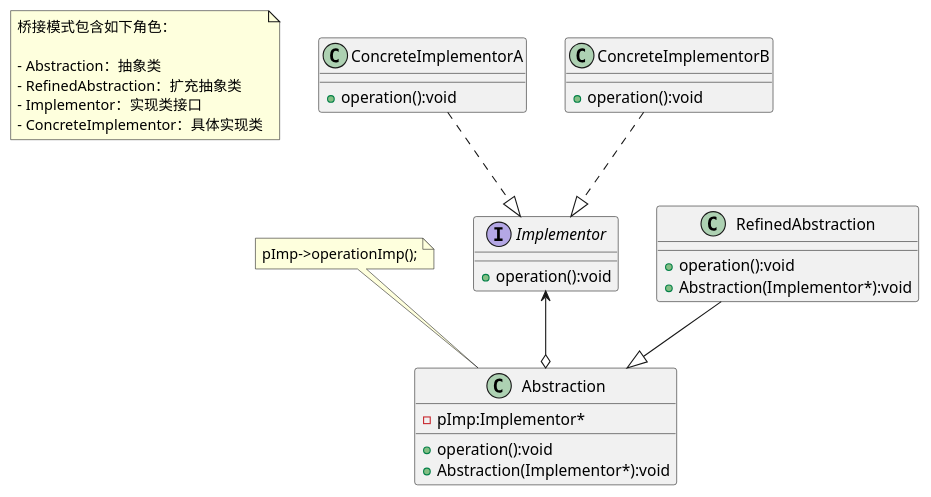
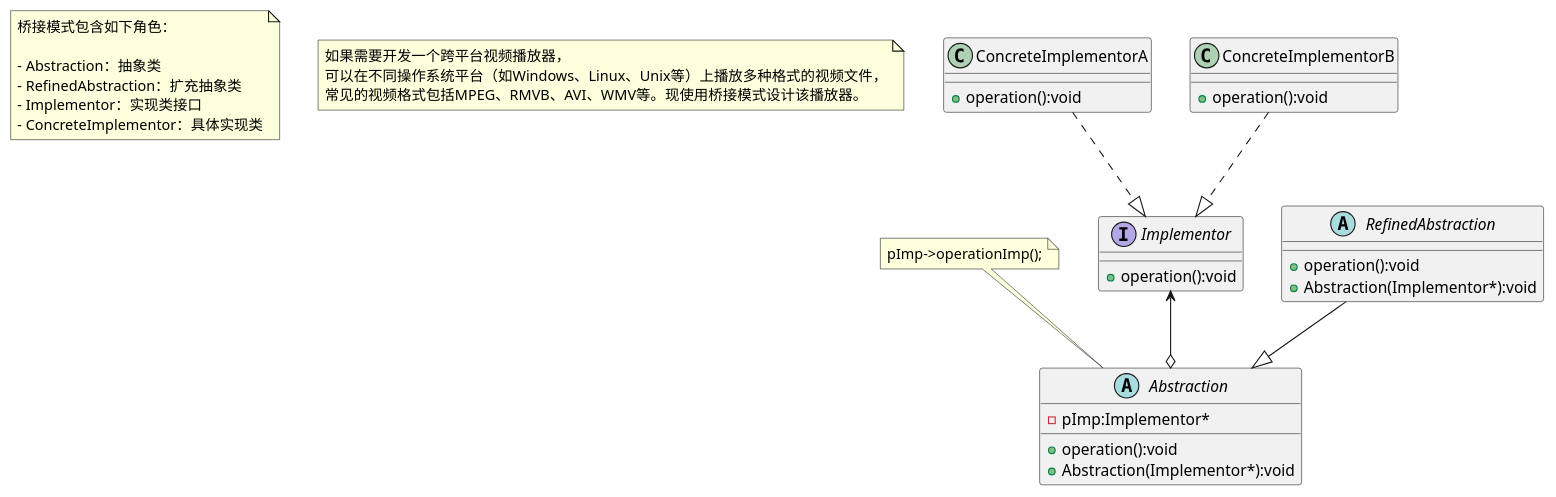
The diagram in doc/结构型模式/桥接模式-类图(3分).puml (1wang1/design-patterns), drawn with PlantUML before and after one commit. The commit also changed 2 other files, not shown here.

```diff
--- a/doc/结构型模式/桥接模式-类图(3分).puml
+++ b/doc/结构型模式/桥接模式-类图(3分).puml
@@ -1,43 +1,48 @@
 @startuml
 note as n1
 桥接模式包含如下角色：
 
 - Abstraction：抽象类
 - RefinedAbstraction：扩充抽象类
 - Implementor：实现类接口
 - ConcreteImplementor：具体实现类
 end note
-class Abstraction{
+note as n2
+如果需要开发一个跨平台视频播放器，
+可以在不同操作系统平台（如Windows、Linux、Unix等）上播放多种格式的视频文件，
+常见的视频格式包括MPEG、RMVB、AVI、WMV等。现使用桥接模式设计该播放器。
+end note
+abstract Abstraction{
 - pImp:Implementor*
 + operation():void
 + Abstraction(Implementor*):void
 
 }
 note as nAbstraction
 pImp->operationImp();
 end note
 
 nAbstraction .. Abstraction
 
 interface Implementor{
 + operation():void
 }
 Implementor  <--o Abstraction
 
 class ConcreteImplementorA{
 + operation():void
 }
 ConcreteImplementorA ..|> Implementor
 
 class ConcreteImplementorB{
 + operation():void
 }
 ConcreteImplementorB ..|> Implementor
 
-class RefinedAbstraction{
+abstract RefinedAbstraction{
 + operation():void
 + Abstraction(Implementor*):void
 }
 
 RefinedAbstraction--|>Abstraction
 @enduml
```
